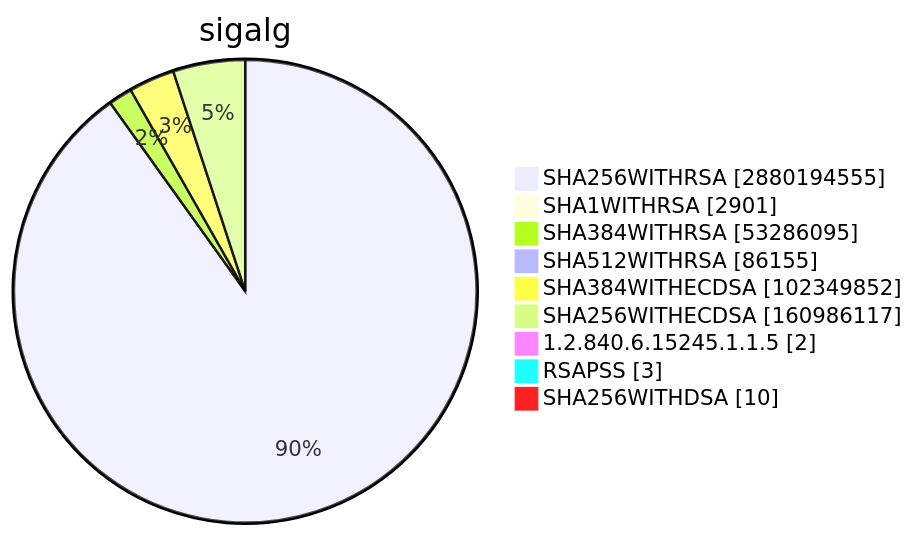
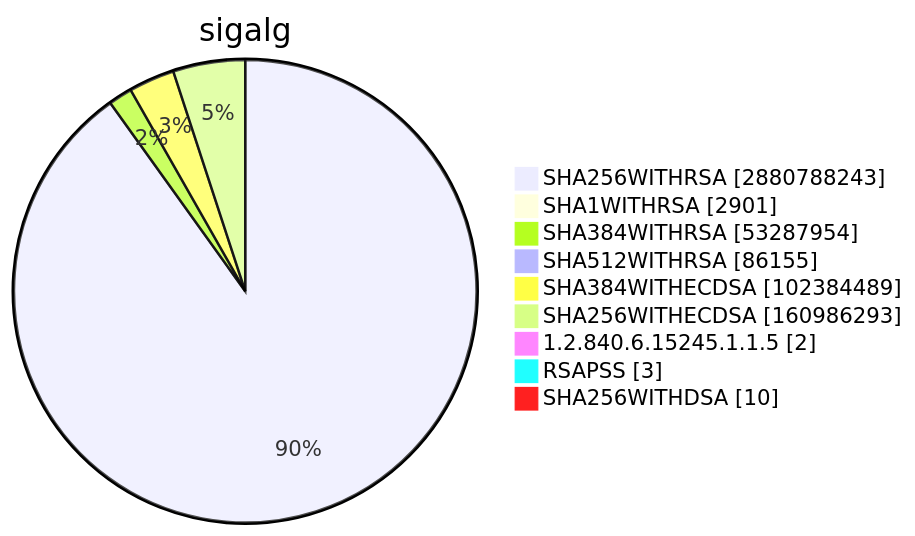
One commit to christiankrug/ctmonitor_visualization changed diagram 15 of 15 in TOTAL/README.md. Above: the diagram before and after it, drawn with Mermaid. The commit also changed other lines of this file, not shown here.

````diff
--- a/TOTAL/README.md
+++ b/TOTAL/README.md
@@ -6207,13 +6207,13 @@
 ```mermaid
 pie showData
 title sigalg
-"SHA256WITHRSA" :2880194555
+"SHA256WITHRSA" :2880788243
 "SHA1WITHRSA" :2901
-"SHA384WITHRSA" :53286095
+"SHA384WITHRSA" :53287954
 "SHA512WITHRSA" :86155
-"SHA384WITHECDSA" :102349852
-"SHA256WITHECDSA" :160986117
+"SHA384WITHECDSA" :102384489
+"SHA256WITHECDSA" :160986293
 "1.2.840.6.15245.1.1.5" :2
 "RSAPSS" :3
 "SHA256WITHDSA" :10
 ```
````
